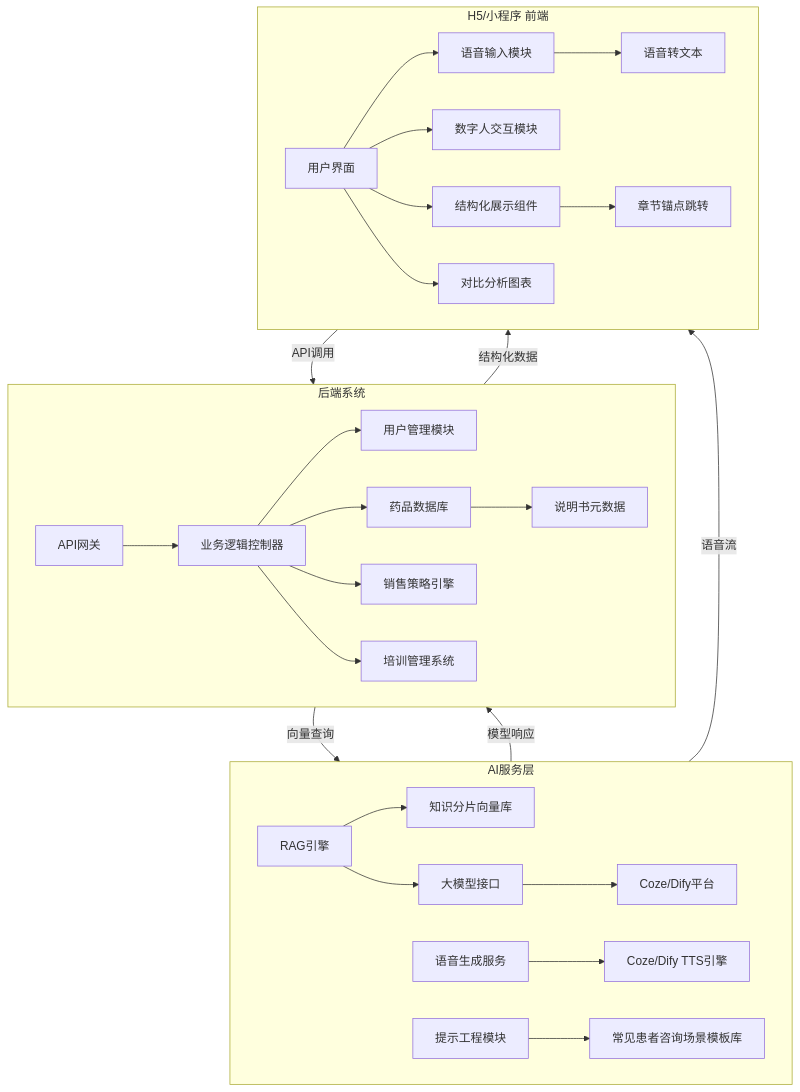
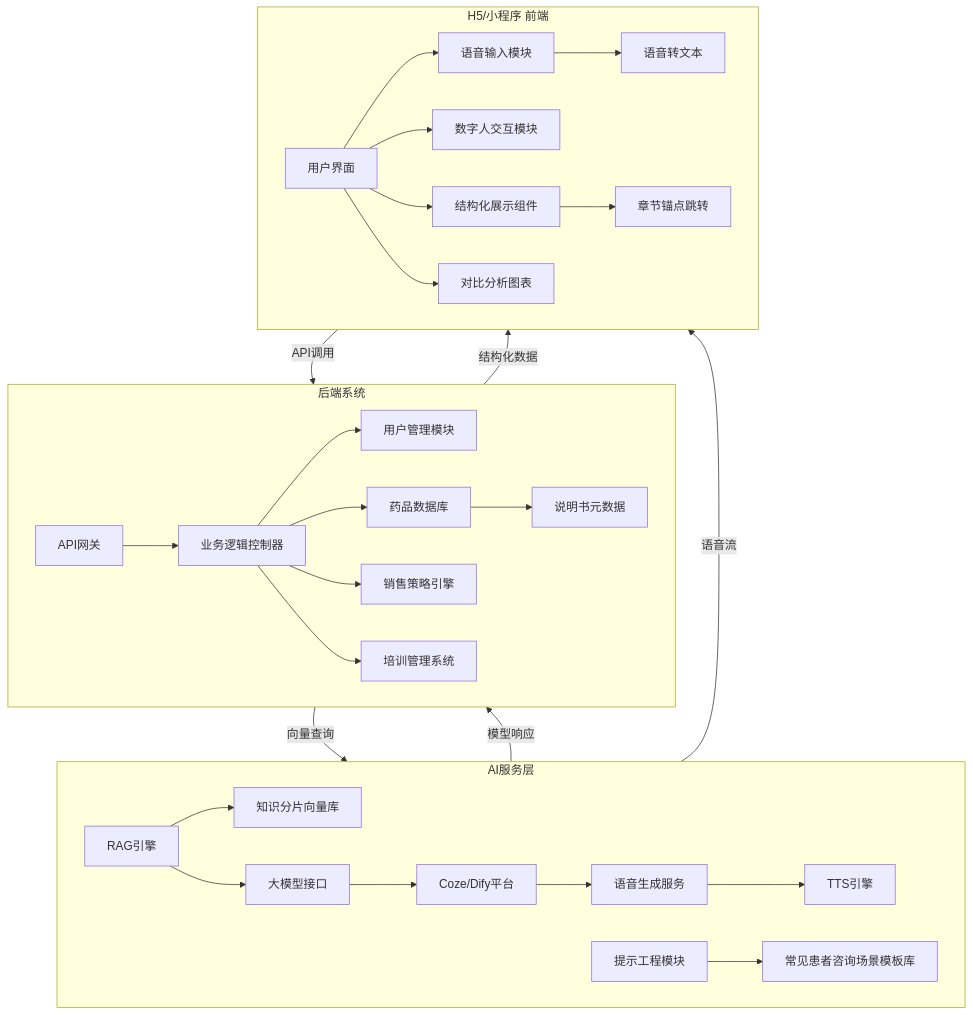
Before and after one commit to funnyData/iodraw-files: the diagram in all/结构图.md, drawn with Mermaid.

Commit message:
2025-02-19 20:35:41 update

````diff
--- a/all/结构图.md
+++ b/all/结构图.md
@@ -1,39 +1,39 @@
 ```mermaid
 %% 结构图
 graph TD
     subgraph AI[AI服务层]
         O[RAG引擎] --> P[知识分片向量库]
         O --> Q[大模型接口]
         Q --> R[Coze/Dify平台]
-        R
-        S[语音生成服务] --> T[Coze/Dify TTS引擎]
+        R --> S
+        S[语音生成服务] --> T[TTS引擎]
         U[提示工程模块] --> V[常见患者咨询场景模板库]
     end
 
 
     subgraph Backend[后端系统]
         H[API网关] --> I[业务逻辑控制器]
         I --> J[用户管理模块]
         I --> K[药品数据库]
         I --> L[销售策略引擎]
         I --> M[培训管理系统]
         K --> N[说明书元数据]
     end
 
     subgraph Frontend[H5/小程序 前端]
         A[用户界面] --> B[语音输入模块]
         A --> C[数字人交互模块]
         A --> D[结构化展示组件]
         A --> E[对比分析图表]
         B --> F[语音转文本]
         D --> G[章节锚点跳转]
     end
 
 
 
     Frontend -->|API调用| Backend
     Backend -->|向量查询| AI
     AI -->|模型响应| Backend
     Backend -->|结构化数据| Frontend
     AI -->|语音流| Frontend
 ```
````
